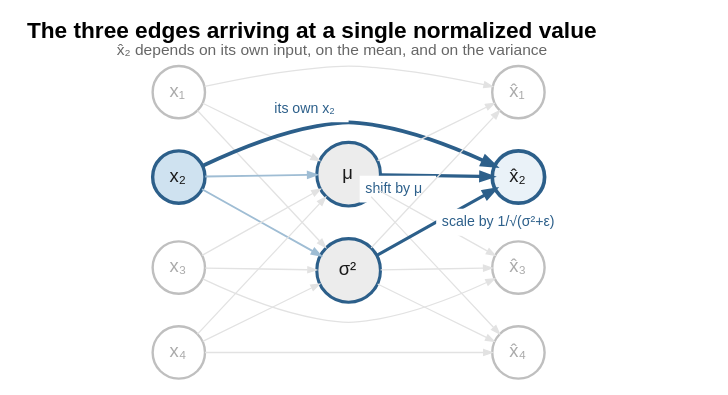
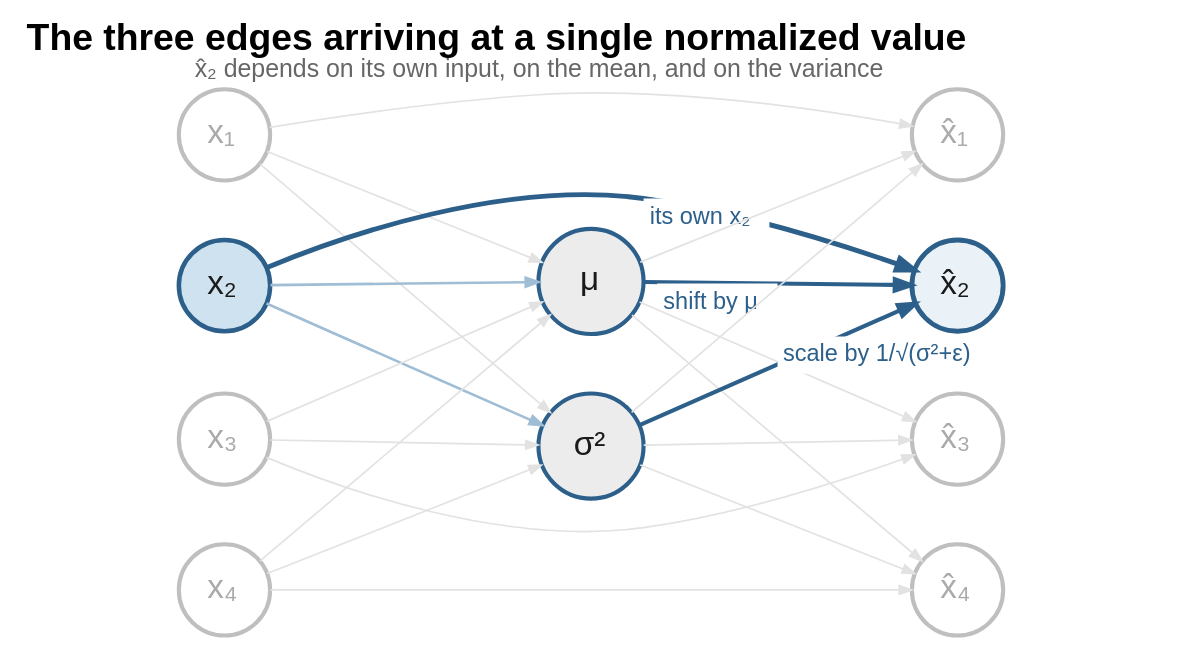
The diagram in scripts/bn-grad-graphviz/fanin.dot (joelagnel/joelfernandes.org), drawn with Graphviz before and after one commit. The commit also changed 11 other files, not shown here.

```diff
--- a/scripts/bn-grad-graphviz/fanin.dot
+++ b/scripts/bn-grad-graphviz/fanin.dot
@@ -1,55 +1,55 @@
 digraph fanin {
   rankdir=LR;
   bgcolor="white";
   splines=true;
-  nodesep=0.32;
-  ranksep=1.10;
+  nodesep=0.6;
+  ranksep=2.7;
   fontname="Helvetica";
   margin="0.45,0.3";
 
-  node [fontname="Helvetica", fontsize=13, shape=circle, width=0.52,
-        fixedsize=true, penwidth=1.7, color="#bfbfbf", fontcolor="#aaaaaa"];
-  edge [fontname="Helvetica", fontsize=10, color="#e2e2e2",
-        arrowsize=0.6, penwidth=0.9];
+  node [fontname="Helvetica", fontsize=24, shape=circle, width=0.92,
+        fixedsize=true, penwidth=2.97, color="#bfbfbf", fontcolor="#aaaaaa"];
+  edge [fontname="Helvetica", fontsize=17, color="#e2e2e2",
+        arrowsize=0.90, penwidth=1.22];
 
-  label=<<font point-size="16"><b>The three edges arriving at a single normalized value</b></font><br/><font point-size="11" color="#666666">x&#770;&#8322; depends on its own input, on the mean, and on the variance</font>>;
+  label=<<font point-size="27"><b>The three edges arriving at a single normalized value</b></font><br/><font point-size="18" color="#666666">x&#770;&#8322; depends on its own input, on the mean, and on the variance</font>>;
   labelloc="t";
 
   { rank=same;
     x1 [label=<x&#8321;>];
     x2 [label=<x&#8322;>, color="#2c5f8a", fontcolor="#1a1a1a",
-        style=filled, fillcolor="#cfe2f0", penwidth=2.4];
+        style=filled, fillcolor="#cfe2f0", penwidth=3.24];
     x3 [label=<x&#8323;>];
     x4 [label=<x&#8324;>];
   }
   { rank=same;
-    mu  [label=<&mu;>,          width=0.62, color="#2c5f8a", fontcolor="#1a1a1a",
-         style=filled, fillcolor="#ececec", penwidth=2.2];
-    sig [label=<&sigma;&sup2;>, width=0.62, color="#2c5f8a", fontcolor="#1a1a1a",
-         style=filled, fillcolor="#ececec", penwidth=2.2];
+    mu  [label=<&mu;>,          width=1.06, color="#2c5f8a", fontcolor="#1a1a1a",
+         style=filled, fillcolor="#ececec", penwidth=2.97];
+    sig [label=<&sigma;&sup2;>, width=1.06, color="#2c5f8a", fontcolor="#1a1a1a",
+         style=filled, fillcolor="#ececec", penwidth=2.97];
   }
   { rank=same;
     h1 [label=<x&#770;&#8321;>];
     h2 [label=<x&#770;&#8322;>, color="#2c5f8a", fontcolor="#1a1a1a",
-        style=filled, fillcolor="#eaf2f8", penwidth=2.6];
+        style=filled, fillcolor="#eaf2f8", penwidth=3.51];
     h3 [label=<x&#770;&#8323;>];
     h4 [label=<x&#770;&#8324;>];
   }
 
   // every input still feeds the statistics, drawn faint
-  x1 -> mu;  x2 -> mu [color="#9fbdd4", penwidth=1.4];
+  x1 -> mu;  x2 -> mu [color="#9fbdd4", penwidth=1.89];
   x3 -> mu;  x4 -> mu;
-  x1 -> sig; x2 -> sig [color="#9fbdd4", penwidth=1.4];
+  x1 -> sig; x2 -> sig [color="#9fbdd4", penwidth=1.89];
   x3 -> sig; x4 -> sig;
   mu -> h1; mu -> h3; mu -> h4;
   sig -> h1; sig -> h3; sig -> h4;
   x1 -> h1; x3 -> h3; x4 -> h4;
 
   // the three arrivals at xhat_2
-  x2  -> h2 [color="#2c5f8a", penwidth=2.6, arrowsize=0.85,
-             xlabel=<<table border="0" cellborder="0" cellpadding="2" bgcolor="white"><tr><td><font color="#2c5f8a" point-size="10">its own x&#8322;</font></td></tr></table>>, fontcolor="#2c5f8a"];
-  mu  -> h2 [color="#2c5f8a", penwidth=2.2, arrowsize=0.8,
-             xlabel=<<table border="0" cellborder="0" cellpadding="2" bgcolor="white"><tr><td><font color="#2c5f8a" point-size="10">shift by &#956;</font></td></tr></table>>, fontcolor="#2c5f8a"];
-  sig -> h2 [color="#2c5f8a", penwidth=2.2, arrowsize=0.8,
-             xlabel=<<table border="0" cellborder="0" cellpadding="2" bgcolor="white"><tr><td><font color="#2c5f8a" point-size="10">scale by 1/&#8730;(&#963;&#178;+&#949;)</font></td></tr></table>>, fontcolor="#2c5f8a"];
+  x2  -> h2 [color="#2c5f8a", penwidth=3.51, arrowsize=1.27,
+             xlabel=<<table border="0" cellborder="0" cellpadding="2" bgcolor="white"><tr><td><font color="#2c5f8a" point-size="17">its own x&#8322;</font></td></tr></table>>, fontcolor="#2c5f8a"];
+  mu  -> h2 [color="#2c5f8a", penwidth=2.97, arrowsize=1.20,
+             xlabel=<<table border="0" cellborder="0" cellpadding="2" bgcolor="white"><tr><td><font color="#2c5f8a" point-size="17">shift by &#956;</font></td></tr></table>>, fontcolor="#2c5f8a"];
+  sig -> h2 [color="#2c5f8a", penwidth=2.97, arrowsize=1.20,
+             xlabel=<<table border="0" cellborder="0" cellpadding="2" bgcolor="white"><tr><td><font color="#2c5f8a" point-size="17">scale by 1/&#8730;(&#963;&#178;+&#949;)</font></td></tr></table>>, fontcolor="#2c5f8a"];
 }
```
